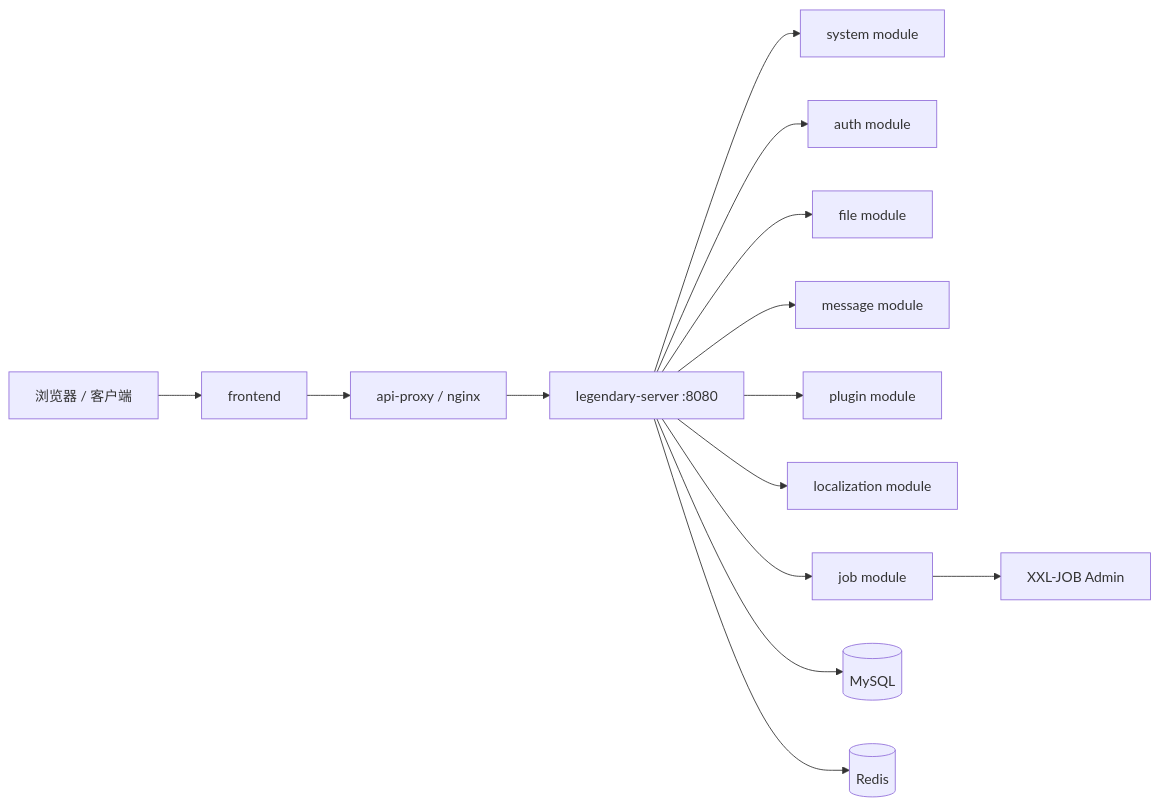
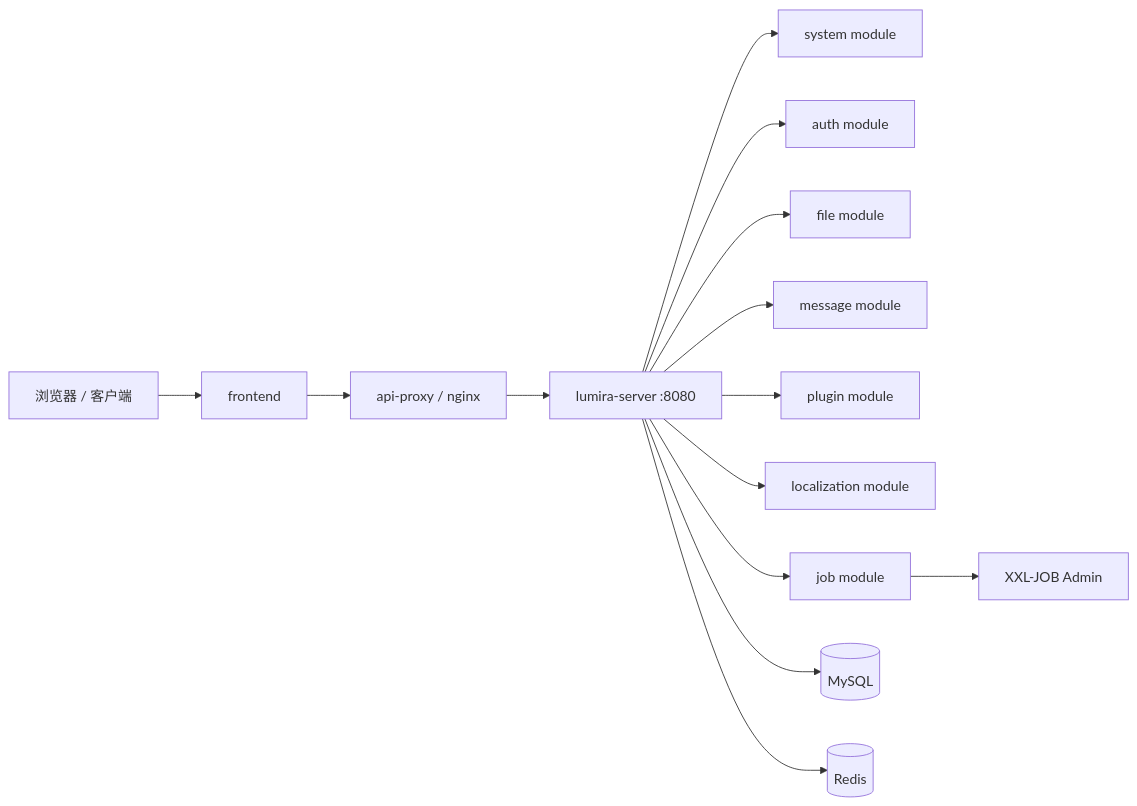
The diagram in README.md (Elexvx/Lumira), drawn with Mermaid before and after one commit. The commit also changed other lines of this file and 1143 other files, not shown here.

````diff
--- a/README.md
+++ b/README.md
@@ -32,16 +32,16 @@
 ```mermaid
 flowchart LR
   U["浏览器 / 客户端"] --> F["frontend"]
   F --> P["api-proxy / nginx"]
-  P --> L["legendary-server :8080"]
+  P --> L["lumira-server :8080"]
   L --> S["system module"]
   L --> A["auth module"]
   L --> Fi["file module"]
   L --> M["message module"]
   L --> Pl["plugin module"]
   L --> I18n["localization module"]
   L --> J["job module"]
   L --> DB[("MySQL")]
   L --> R[("Redis")]
   J --> X["XXL-JOB Admin"]
 ```
````
